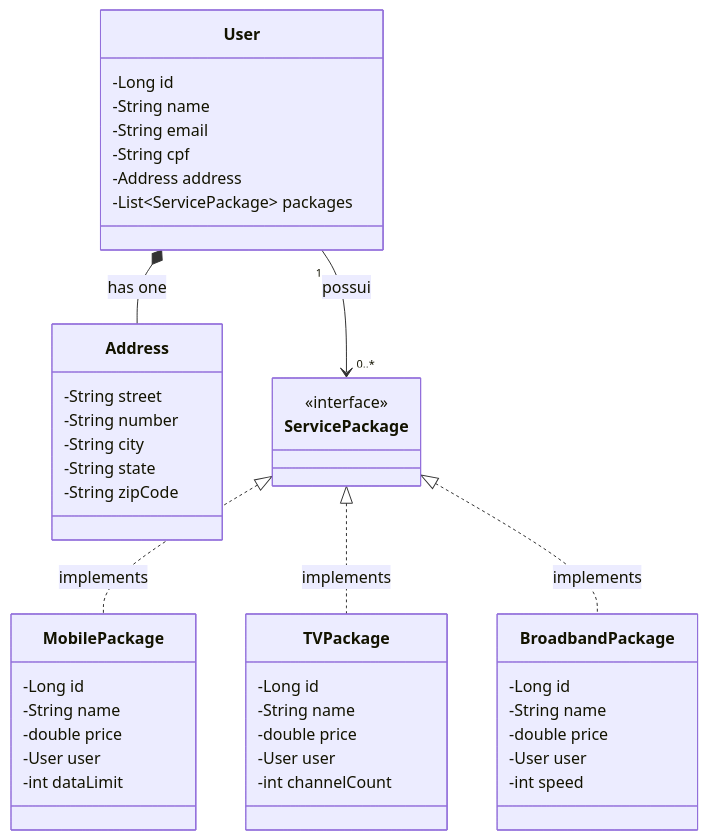
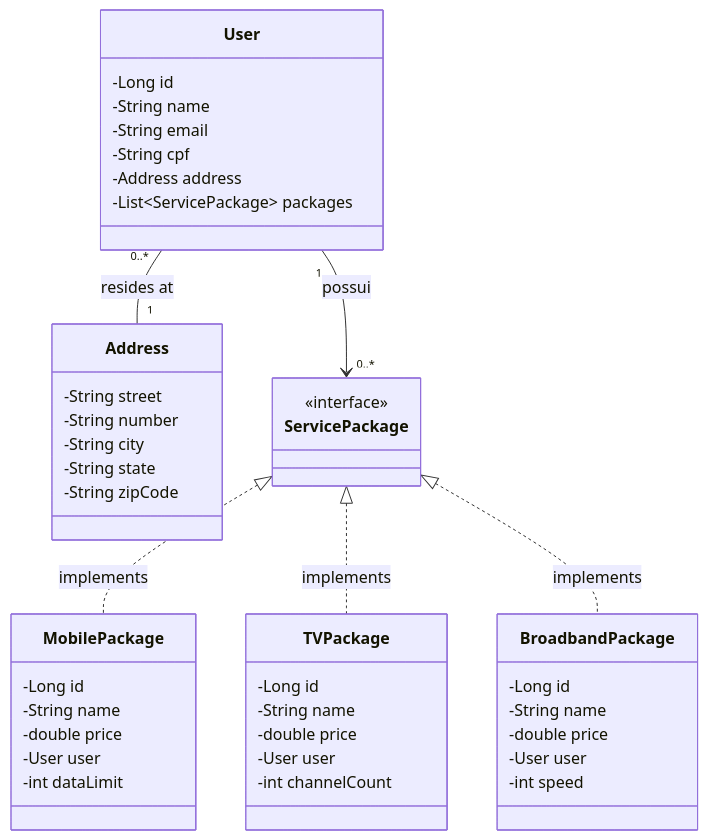
The diagram in README.md (dev-ssperandio/desafio-de-projeto-portal-multisservicos), drawn with Mermaid before and after one commit.

````diff
--- a/README.md
+++ b/README.md
@@ -6,53 +6,53 @@
 ```mermaid
 classDiagram
     class User {
         -Long id
         -String name
         -String email
         -String cpf
         -Address address
         -List~ServicePackage~ packages
     }
 
     class Address {
         -String street
         -String number
         -String city
         -String state
         -String zipCode
     }
 
     class ServicePackage {
         <<interface>>
     }
 
     class MobilePackage {
         -Long id
         -String name
         -double price
         -User user
         -int dataLimit
     }
 
     class TVPackage {
         -Long id
         -String name
         -double price
         -User user
         -int channelCount
     }
 
     class BroadbandPackage {
         -Long id
         -String name
         -double price
         -User user
         -int speed
     }
 
     User "1" --> "0..*" ServicePackage : possui
-    User *-- Address : has one
+    User "0..*" -- "1" Address : resides at
     ServicePackage <|.. MobilePackage : implements
     ServicePackage <|.. TVPackage : implements
     ServicePackage <|.. BroadbandPackage : implements
 ```
````
